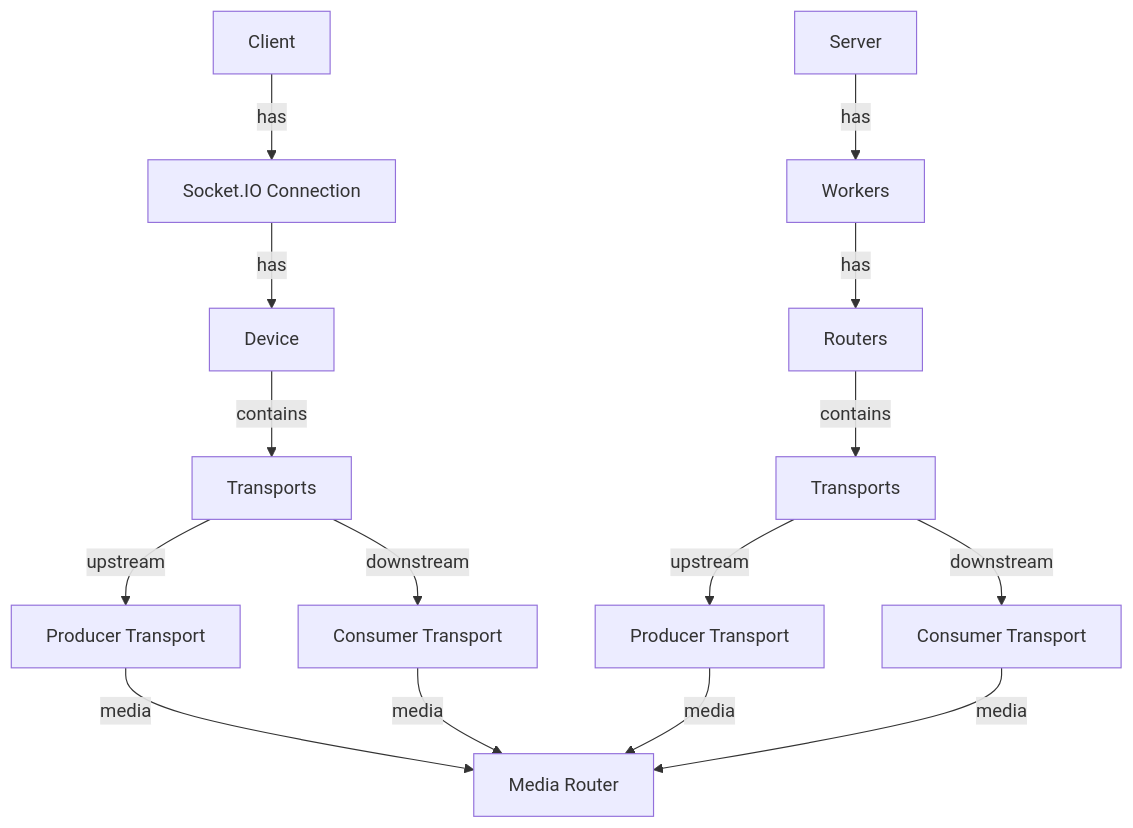
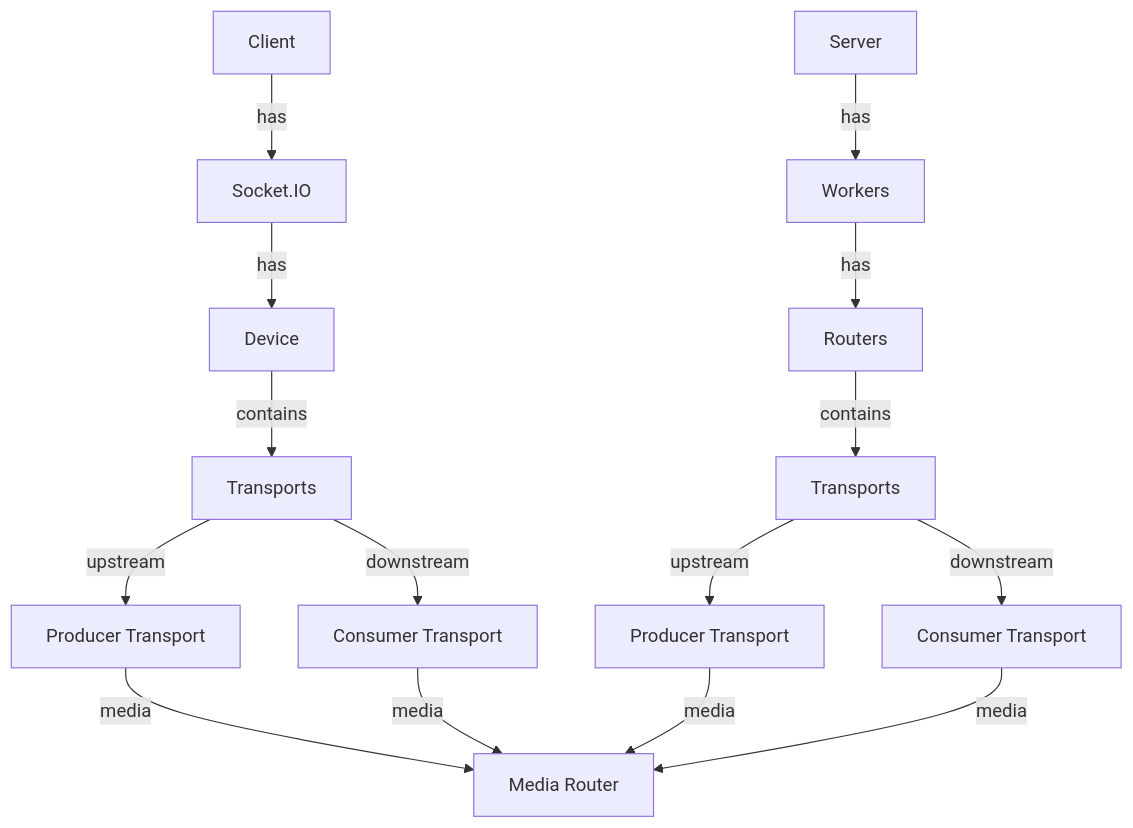
The diagram in README.md (HarshSharma0801/Muxo), drawn with Mermaid before and after one commit.

````diff
--- a/README.md
+++ b/README.md
@@ -9,22 +9,22 @@
 ```mermaid
 graph TD
     %% Client Side
-    A[Client] -->|has| B[Socket.IO Connection]
+    A[Client] -->|has| B[Socket.IO]
     B -->|has| C[Device]
     C -->|contains| D[Transports]
     D -->|upstream| E[Producer Transport]
     D -->|downstream| F[Consumer Transport]
 
     %% Server Side
     G[Server] -->|has| H[Workers]
     H -->|has| I[Routers]
     I -->|contains| J[Transports]
     J -->|upstream| K[Producer Transport]
     J -->|downstream| L[Consumer Transport]
 
     %% Media Flow
     E -->|media| M[Media Router]
     F -->|media| M
     K -->|media| M
     L -->|media| M
 ```
````
